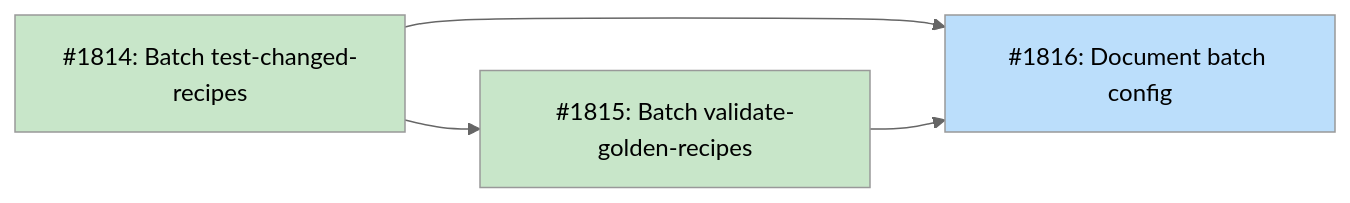
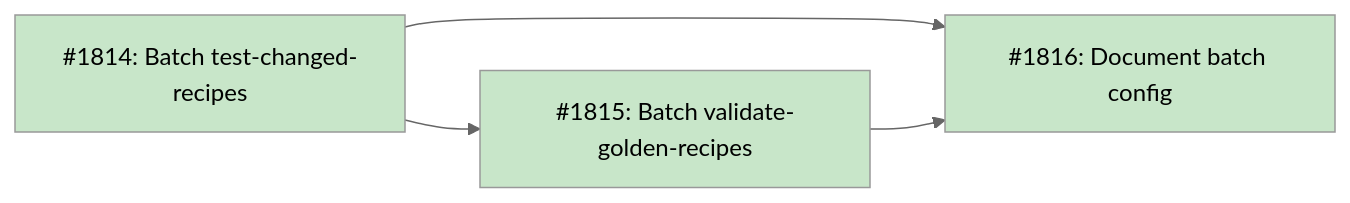
Before and after one commit to tsukumogami/tsuku: the diagram in docs/designs/DESIGN-recipe-ci-batching.md, drawn with Mermaid (neutral theme). The commit also changed other lines of this file and 10 other files, not shown here.

````diff
--- a/docs/designs/DESIGN-recipe-ci-batching.md
+++ b/docs/designs/DESIGN-recipe-ci-batching.md
@@ -45,20 +45,20 @@
 ```mermaid
 graph LR
     I1814["#1814: Batch test-changed-recipes"]
     I1815["#1815: Batch validate-golden-recipes"]
     I1816["#1816: Document batch config"]
 
     I1814 --> I1815
     I1814 --> I1816
     I1815 --> I1816
 
     classDef done fill:#c8e6c9
     classDef ready fill:#bbdefb
     classDef blocked fill:#fff9c4
     classDef needsDesign fill:#e1bee7
     classDef tracksDesign fill:#FFE0B2,stroke:#F57C00,color:#000
 
     class I1814 done
     class I1815 done
-    class I1816 ready
+    class I1816 done
 ```
````
